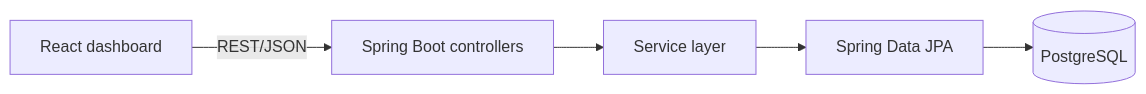
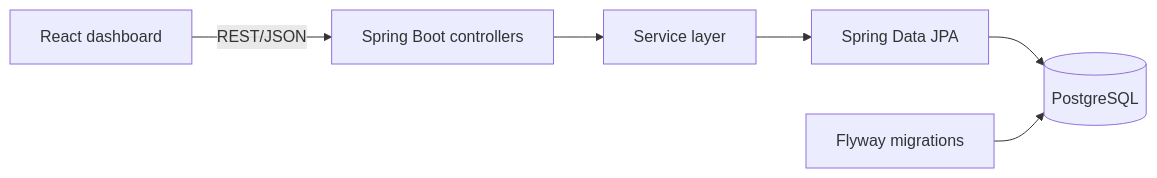
One commit to ramya5588/Personal_finance_Tracker changed the diagram in README.md. Above: the diagram before and after it, drawn with Mermaid. The commit also changed other lines of this file and 13 other files, not shown here.

````diff
--- a/README.md
+++ b/README.md
@@ -25,7 +27,8 @@
 ```mermaid
 flowchart LR
     UI[React dashboard] -->|REST/JSON| API[Spring Boot controllers]
     API --> SERVICE[Service layer]
     SERVICE --> REPOSITORY[Spring Data JPA]
     REPOSITORY --> DB[(PostgreSQL)]
+    FLYWAY[Flyway migrations] --> DB
 ```
````
